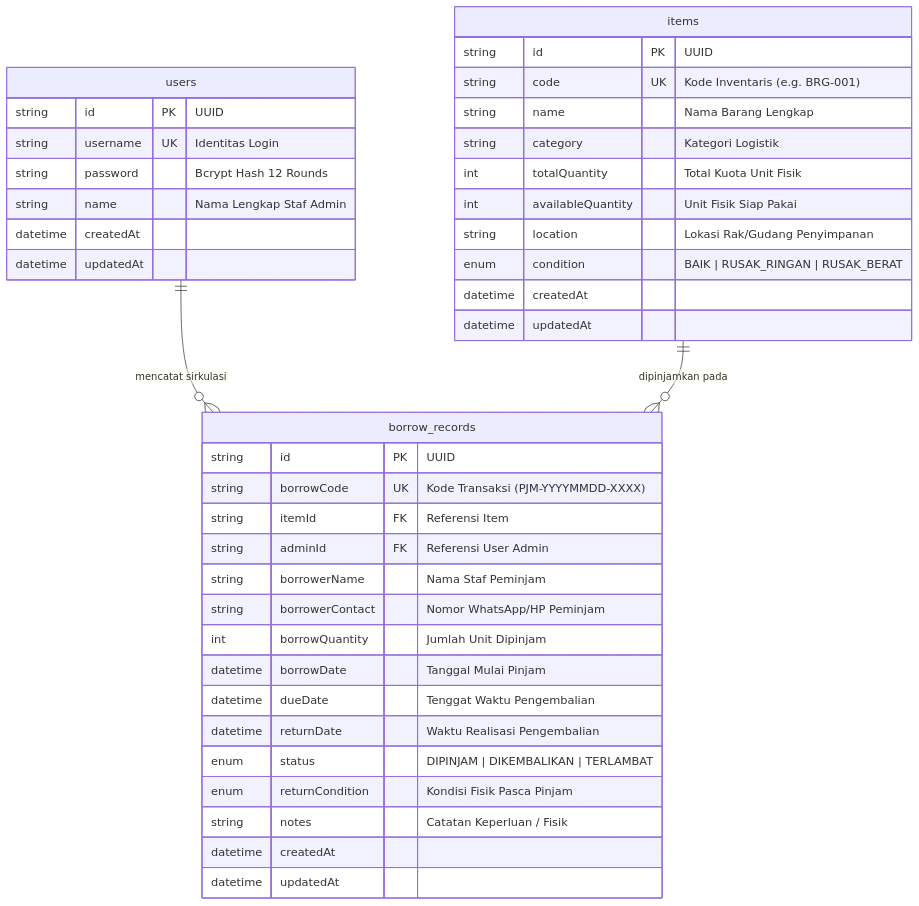
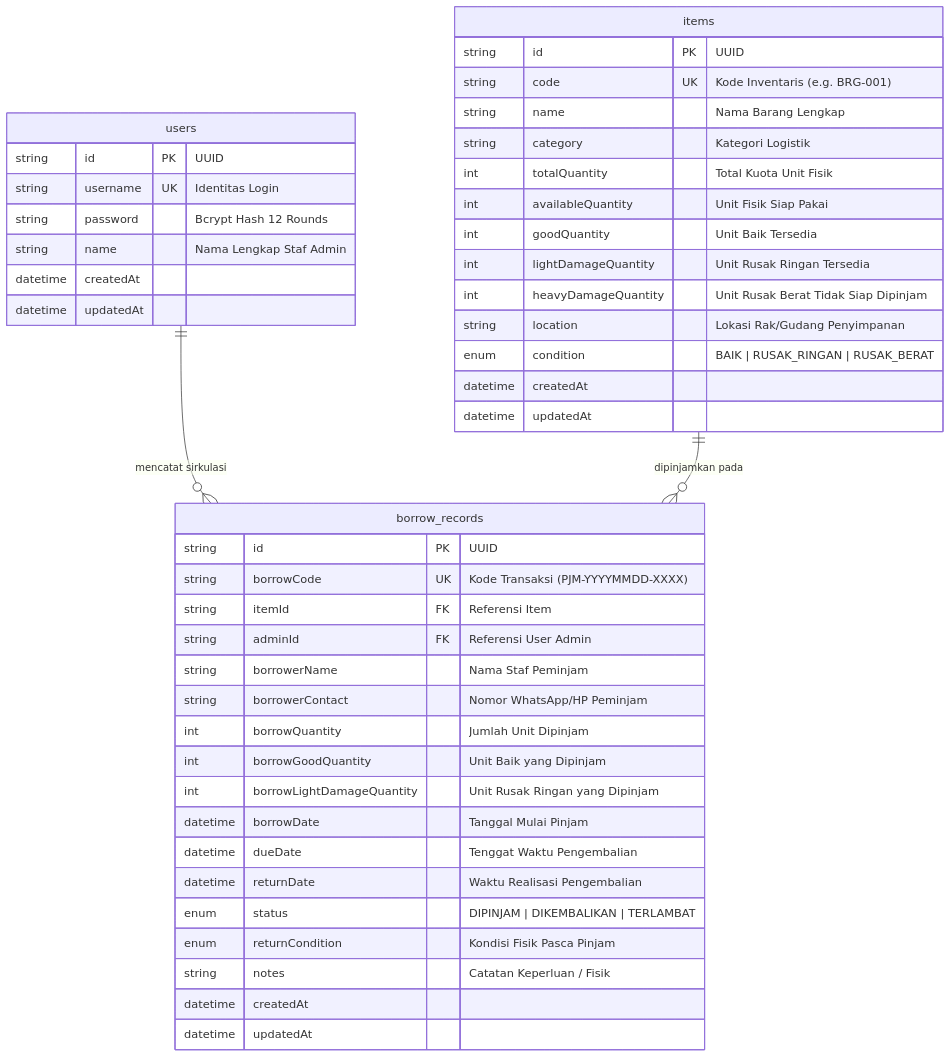
One commit to Imam-Maula/bpti-project-inventaris changed the second of 2 diagrams in README.md. Above: the diagram before and after it, drawn with Mermaid. The commit also changed other lines of this file and 13 other files, not shown here.

Commit message:
chore: setup project baseline, directories, and prisma schema

````diff
--- a/README.md
+++ b/README.md
@@ -134,45 +139,50 @@
 ```mermaid
 erDiagram
     users ||--o{ borrow_records : "mencatat sirkulasi"
     items ||--o{ borrow_records : "dipinjamkan pada"
 
     users {
         string id PK "UUID"
         string username UK "Identitas Login"
         string password "Bcrypt Hash 12 Rounds"
         string name "Nama Lengkap Staf Admin"
         datetime createdAt
         datetime updatedAt
     }
 
     items {
         string id PK "UUID"
         string code UK "Kode Inventaris (e.g. BRG-001)"
         string name "Nama Barang Lengkap"
         string category "Kategori Logistik"
         int totalQuantity "Total Kuota Unit Fisik"
         int availableQuantity "Unit Fisik Siap Pakai"
+        int goodQuantity "Unit Baik Tersedia"
+        int lightDamageQuantity "Unit Rusak Ringan Tersedia"
+        int heavyDamageQuantity "Unit Rusak Berat Tidak Siap Dipinjam"
         string location "Lokasi Rak/Gudang Penyimpanan"
         enum condition "BAIK | RUSAK_RINGAN | RUSAK_BERAT"
         datetime createdAt
         datetime updatedAt
     }
 
     borrow_records {
         string id PK "UUID"
         string borrowCode UK "Kode Transaksi (PJM-YYYYMMDD-XXXX)"
         string itemId FK "Referensi Item"
         string adminId FK "Referensi User Admin"
         string borrowerName "Nama Staf Peminjam"
         string borrowerContact "Nomor WhatsApp/HP Peminjam"
         int borrowQuantity "Jumlah Unit Dipinjam"
+        int borrowGoodQuantity "Unit Baik yang Dipinjam"
+        int borrowLightDamageQuantity "Unit Rusak Ringan yang Dipinjam"
         datetime borrowDate "Tanggal Mulai Pinjam"
         datetime dueDate "Tenggat Waktu Pengembalian"
         datetime returnDate "Waktu Realisasi Pengembalian"
         enum status "DIPINJAM | DIKEMBALIKAN | TERLAMBAT"
         enum returnCondition "Kondisi Fisik Pasca Pinjam"
         string notes "Catatan Keperluan / Fisik"
         datetime createdAt
         datetime updatedAt
     }
 ```
````
